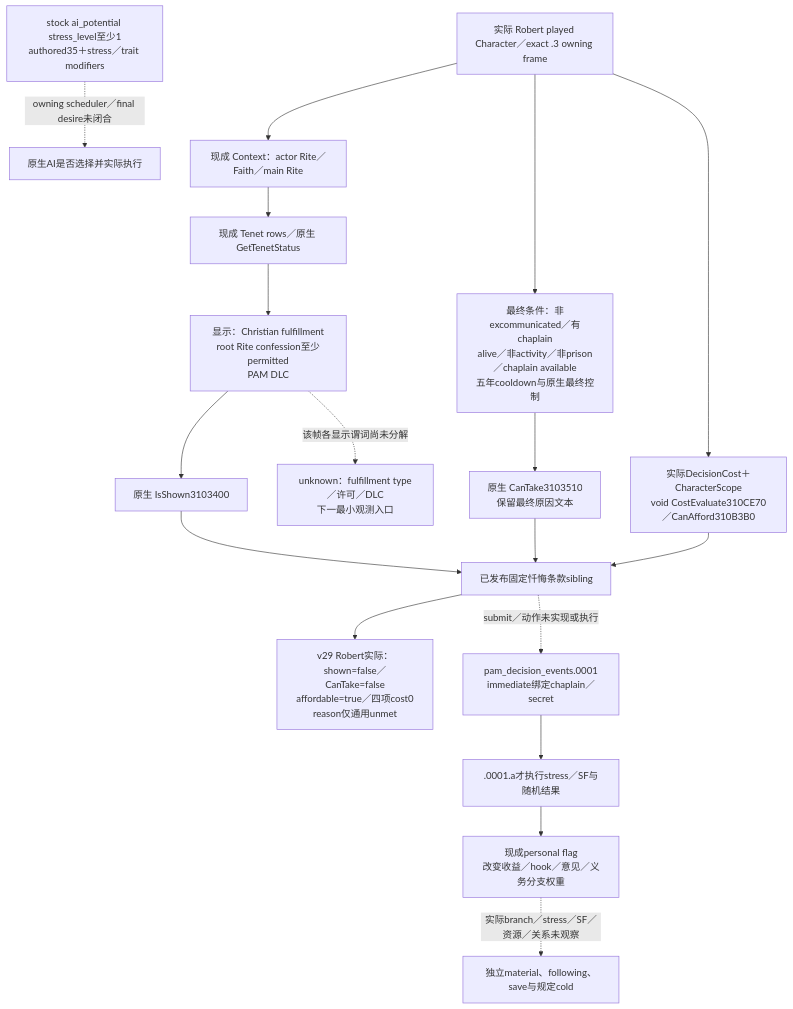
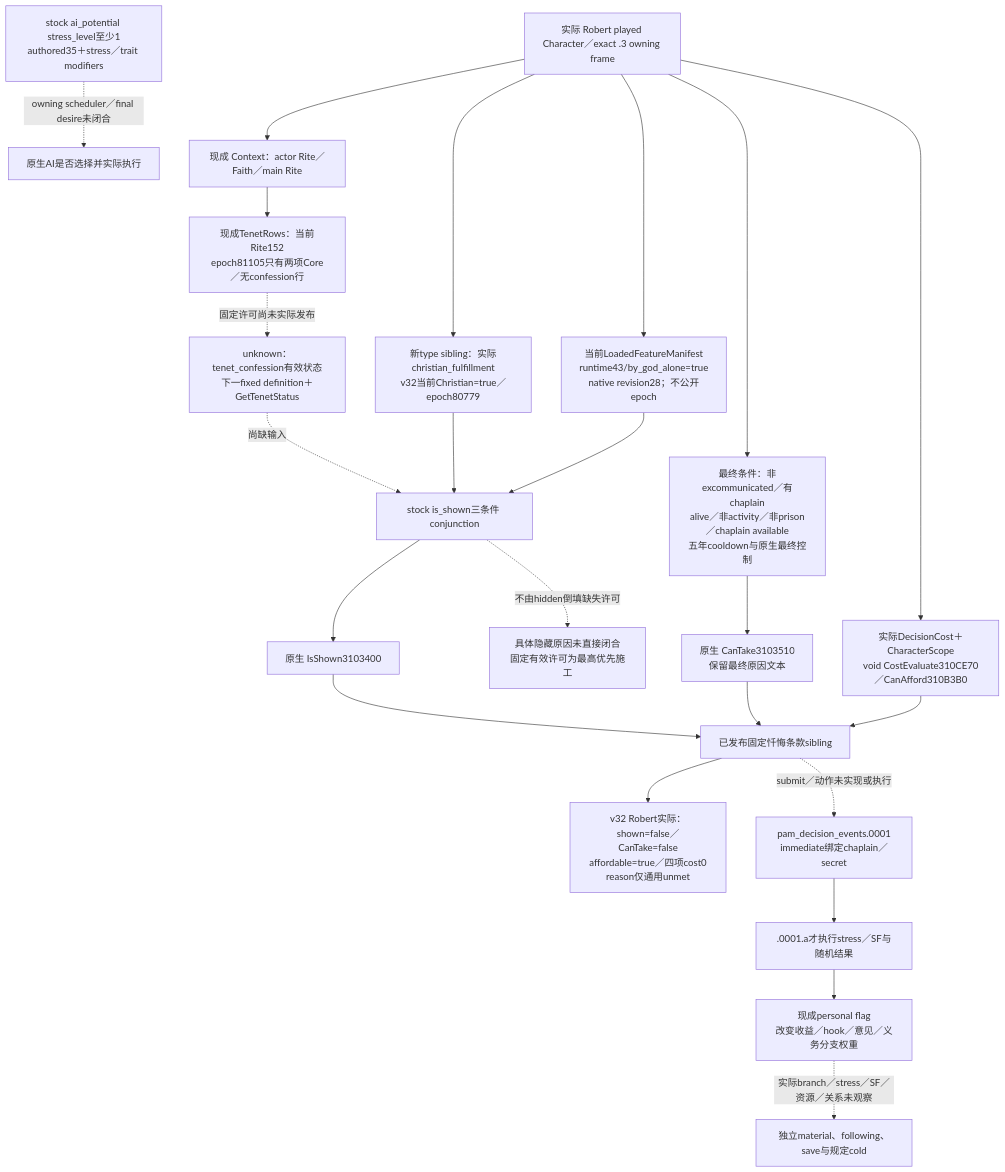
Before and after one commit to XenoAmess/ck3_eternal_recurrence: the diagram in docs/ck3-native-ai/religion-doctrine-gameplay-native-ai-12003.md, drawn with Mermaid. The commit also changed other lines of this file and 14 other files, not shown here.

````diff
--- a/docs/ck3-native-ai/religion-doctrine-gameplay-native-ai-12003.md
+++ b/docs/ck3-native-ai/religion-doctrine-gameplay-native-ai-12003.md
@@ -54,20 +80,25 @@
 ```mermaid
 flowchart TD
     P[实际 Robert played Character／exact .3 owning frame] --> ID[现成 Context：actor Rite／Faith／main Rite]
-    ID --> T[现成 Tenet rows／原生 GetTenetStatus]
-    T --> S[显示：Christian fulfillment<br/>root Rite confession至少permitted<br/>PAM DLC]
+    P --> TYPE[新type sibling：实际christian_fulfillment<br/>v32当前Christian=true／epoch80779]
+    ID --> T[现成TenetRows：当前Rite152<br/>epoch81105只有两项Core／无confession行]
+    T -. 固定许可尚未实际发布 .-> PERM[unknown：tenet_confession有效状态<br/>下一fixed definition＋GetTenetStatus]
+    P --> DLC[当前LoadedFeatureManifest<br/>runtime43/by_god_alone=true<br/>native revision28；不公开epoch]
+    TYPE --> S[stock is_shown三条件 conjunction]
+    PERM -. 尚缺输入 .-> S
+    DLC --> S
     P --> V[最终条件：非excommunicated／有chaplain<br/>alive／非activity／非prison／chaplain available<br/>五年cooldown与原生最终控制]
     S --> NS[原生 IsShown3103400]
     V --> NT[原生 CanTake3103510<br/>保留最终原因文本]
     P --> COST[实际DecisionCost＋CharacterScope<br/>void CostEvaluate310CE70／CanAfford310B3B0]
     NS --> Q[已发布固定忏悔条款sibling]
     NT --> Q
     COST --> Q
-    Q --> LIVE[v29 Robert实际：shown=false／CanTake=false<br/>affordable=true／四项cost0<br/>reason仅通用unmet]
-    S -. 该帧各显示谓词尚未分解 .-> WHY[unknown：fulfillment type／许可／DLC<br/>下一最小观测入口]
+    Q --> LIVE[v32 Robert实际：shown=false／CanTake=false<br/>affordable=true／四项cost0<br/>reason仅通用unmet]
+    S -. 不由hidden倒填缺失许可 .-> WHY[具体隐藏原因未直接闭合<br/>固定有效许可为最高优先施工]
     Q -. submit／动作未实现或执行 .-> E[pam_decision_events.0001<br/>immediate绑定chaplain／secret]
     E --> A[.0001.a才执行stress／SF与随机结果]
     A --> BONUS[现成personal flag<br/>改变收益／hook／意见／义务分支权重]
     BONUS -. 实际branch／stress／SF／资源／关系未观察 .-> RESULT[独立material、following、save与规定cold]
     AI[stock ai_potential stress_level至少1<br/>authored35＋stress／trait modifiers] -. owning scheduler／final desire未闭合 .-> AIS[原生AI是否选择并实际执行]
 ```
````
